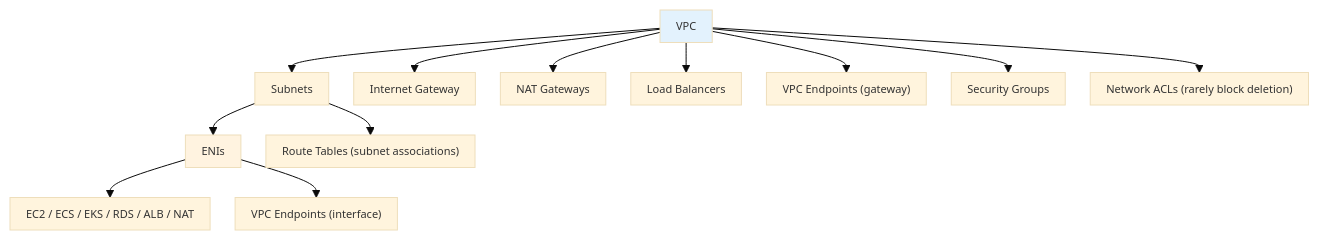
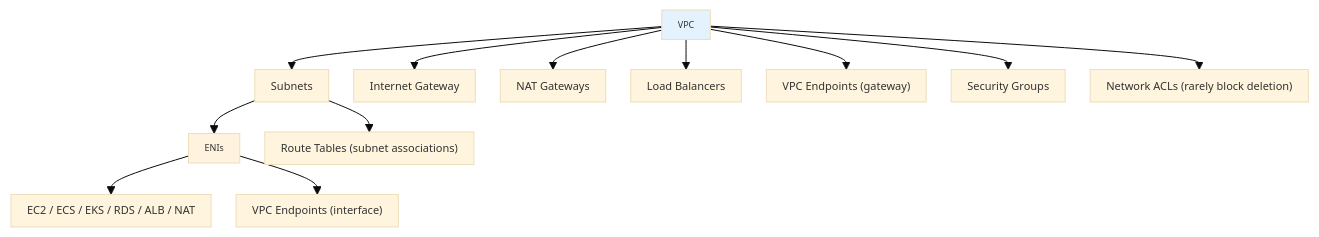
The first of 4 diagrams in docs/war_stories/WAR_STORIES_AWS.md (horselord-joe-8053/ultra-fru-genai-analytics-new), drawn with Mermaid before and after one commit. The commit also changed other lines of this file and 5 other files, not shown here.

````diff
--- a/docs/war_stories/WAR_STORIES_AWS.md
+++ b/docs/war_stories/WAR_STORIES_AWS.md
@@ -279,18 +359,18 @@
 ```mermaid
 %%{init: {'theme': 'base', 'themeVariables': { 'fontSize': '11px', 'fontFamily': 'sans-serif' }, 'flowchart': { 'padding': 8, 'nodeSpacing': 25, 'rankSpacing': 30 }}}%%
 flowchart TB
     VPC["VPC"]
     VPC --> SUBNETS["Subnets"]
     VPC --> IGW["Internet Gateway"]
     VPC --> NAT["NAT Gateways"]
     VPC --> LB["Load Balancers"]
     VPC --> VPCGW["VPC Endpoints (gateway)"]
     VPC --> SG["Security Groups"]
     VPC --> NACL["Network ACLs (rarely block deletion)"]
     SUBNETS --> ENIS["ENIs"]
     SUBNETS --> RT["Route Tables (subnet associations)"]
     ENIS --> ENI_CHILD["EC2 / ECS / EKS / RDS / ALB / NAT"]
     ENIS --> VPC_IF["VPC Endpoints (interface)"]
-    style VPC fill:#e3f2fd
-    style ENIS fill:#fff3e0
+    style VPC fill:#e3f2fd,font-size:9px
+    style ENIS fill:#fff3e0,font-size:9px
 ```
````
